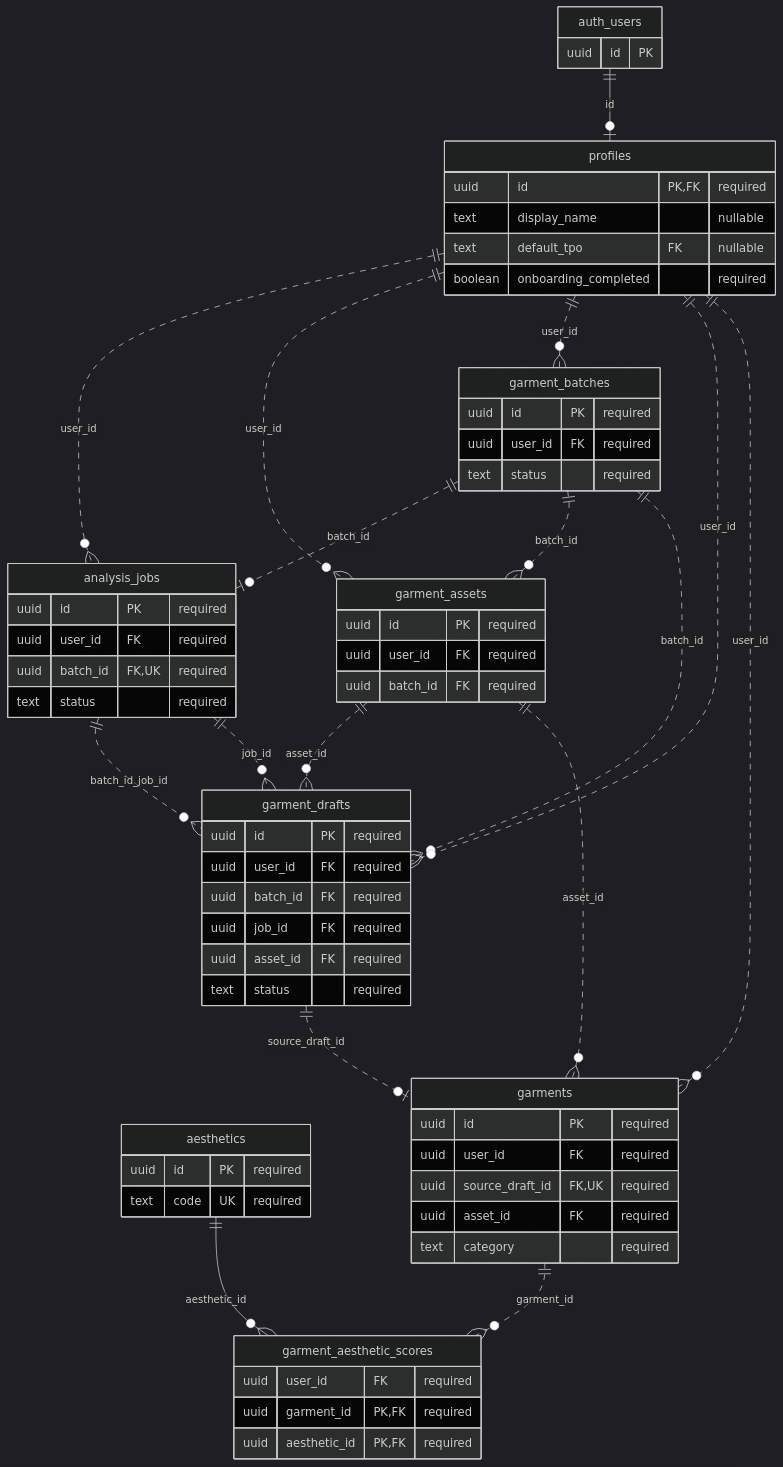
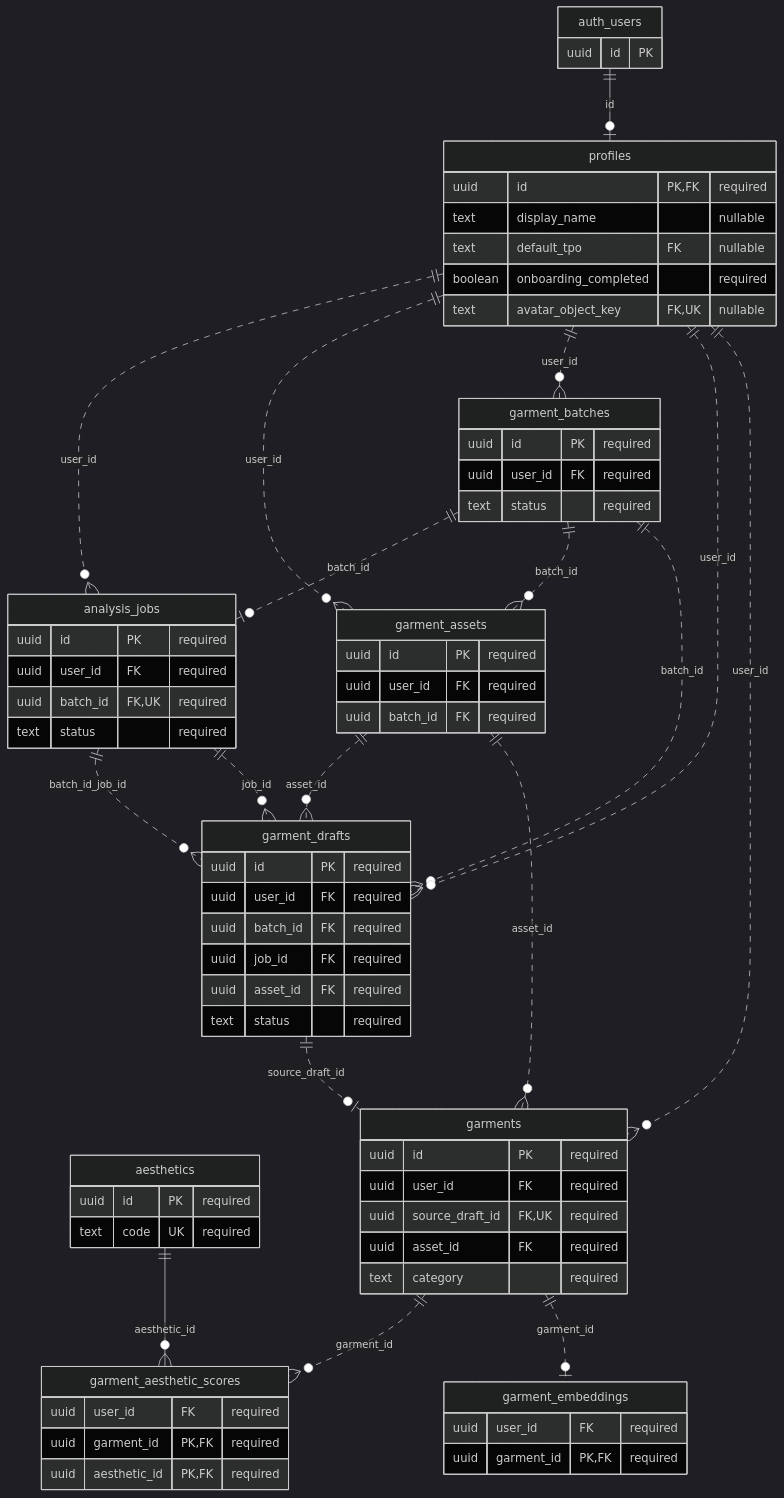
Before and after one commit to MAPICO-Project/MAPICO: the third of 5 diagrams in deliverables/visuals/ERD.md, drawn with Mermaid (dark theme). The commit also changed other lines of this file and 73 other files, not shown here.

````diff
--- a/deliverables/visuals/ERD.md
+++ b/deliverables/visuals/ERD.md
@@ -74,69 +86,75 @@
 ```mermaid
 erDiagram
   direction TB
   garment_batches ||..o| analysis_jobs : "batch_id"
   profiles ||..o{ analysis_jobs : "user_id"
   aesthetics ||--o{ garment_aesthetic_scores : "aesthetic_id"
   garments ||..o{ garment_aesthetic_scores : "garment_id"
   garment_batches ||..o{ garment_assets : "batch_id"
   profiles ||..o{ garment_assets : "user_id"
   profiles ||..o{ garment_batches : "user_id"
   analysis_jobs ||..o{ garment_drafts : "batch_id_job_id"
   garment_assets ||..o{ garment_drafts : "asset_id"
   garment_batches ||..o{ garment_drafts : "batch_id"
   profiles ||..o{ garment_drafts : "user_id"
   analysis_jobs ||..o{ garment_drafts : "job_id"
+  garments ||..o| garment_embeddings : "garment_id"
   garment_assets ||..o{ garments : "asset_id"
   profiles ||..o{ garments : "user_id"
   garment_drafts ||..o| garments : "source_draft_id"
   auth_users ||--o| profiles : "id"
   auth_users {
     uuid id PK
   }
   profiles {
     uuid id PK,FK "required"
     text display_name "nullable"
     text default_tpo FK "nullable"
     boolean onboarding_completed "required"
+    text avatar_object_key FK,UK "nullable"
   }
   aesthetics {
     uuid id PK "required"
     text code UK "required"
   }
   garment_batches {
     uuid id PK "required"
     uuid user_id FK "required"
     text status "required"
   }
   garment_assets {
     uuid id PK "required"
     uuid user_id FK "required"
     uuid batch_id FK "required"
   }
   analysis_jobs {
     uuid id PK "required"
     uuid user_id FK "required"
     uuid batch_id FK,UK "required"
     text status "required"
   }
   garment_drafts {
     uuid id PK "required"
     uuid user_id FK "required"
     uuid batch_id FK "required"
     uuid job_id FK "required"
     uuid asset_id FK "required"
     text status "required"
   }
   garments {
     uuid id PK "required"
     uuid user_id FK "required"
     uuid source_draft_id FK,UK "required"
     uuid asset_id FK "required"
     text category "required"
   }
   garment_aesthetic_scores {
     uuid user_id FK "required"
     uuid garment_id PK,FK "required"
     uuid aesthetic_id PK,FK "required"
   }
+  garment_embeddings {
+    uuid user_id FK "required"
+    uuid garment_id PK,FK "required"
+  }
 ```
````
